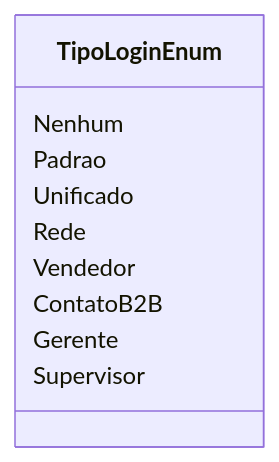
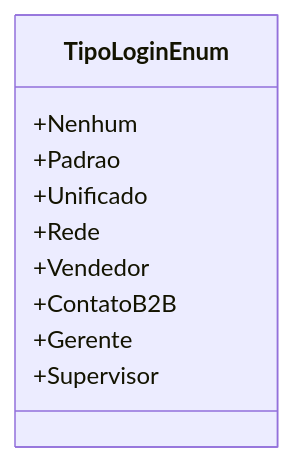
Before and after one commit to IsthmusSistemas/documentacao-tecnica: the diagram in docs/b2b-dominio/IsthmusWinthor.Nucleo/IsthmusWinthor.Dominio/Enumeradores/TipoLoginEnum.md, drawn with Mermaid. The commit also changed other lines of this file and 882 other files, not shown here.

````diff
--- a/docs/b2b-dominio/IsthmusWinthor.Nucleo/IsthmusWinthor.Dominio/Enumeradores/TipoLoginEnum.md
+++ b/docs/b2b-dominio/IsthmusWinthor.Nucleo/IsthmusWinthor.Dominio/Enumeradores/TipoLoginEnum.md
@@ -12,13 +12,13 @@
 ```mermaid
 classDiagram
     class TipoLoginEnum {
-        Nenhum
-        Padrao
-        Unificado
-        Rede
-        Vendedor
-        ContatoB2B
-        Gerente
-        Supervisor
+        +Nenhum
+        +Padrao
+        +Unificado
+        +Rede
+        +Vendedor
+        +ContatoB2B
+        +Gerente
+        +Supervisor
     }
 ```
````
